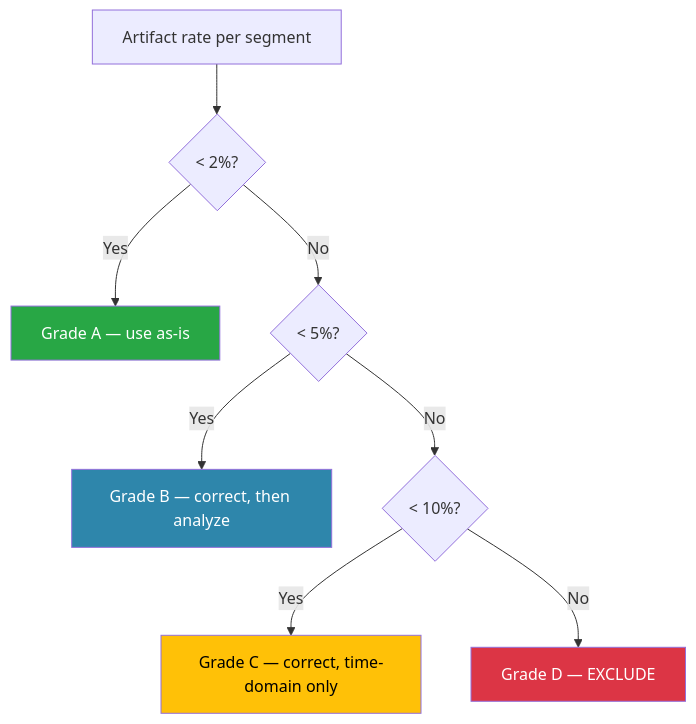
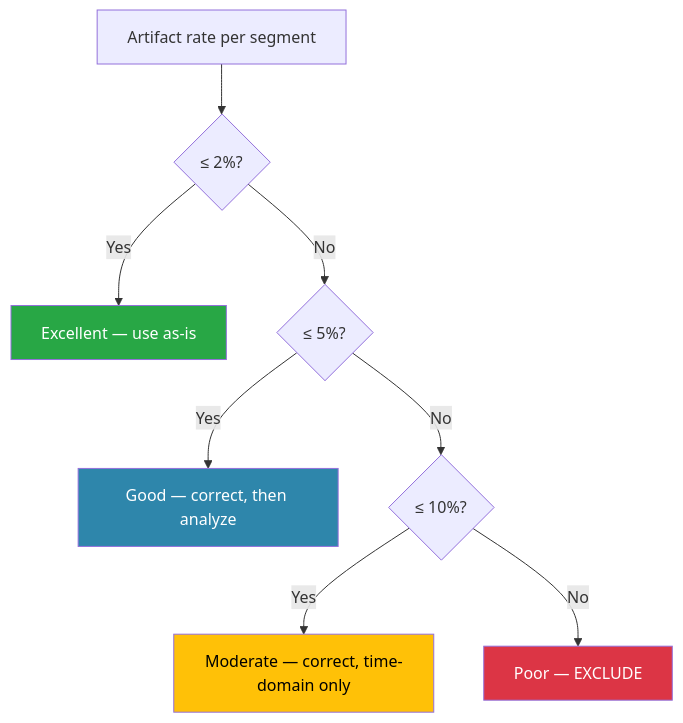
Before and after one commit to saiko-psych/RRational: the second of 2 diagrams in docs/science/recommended-workflow.md, drawn with Mermaid. The commit also changed other lines of this file and 16 other files, not shown here.

````diff
--- a/docs/science/recommended-workflow.md
+++ b/docs/science/recommended-workflow.md
@@ -139,15 +139,15 @@
 ``` mermaid
 flowchart TD
-    A[Artifact rate per segment] --> B{< 2%?}
-    B -->|Yes| C[Grade A — use as-is]
-    B -->|No| D{< 5%?}
-    D -->|Yes| E[Grade B — correct, then analyze]
-    D -->|No| F{< 10%?}
-    F -->|Yes| G[Grade C — correct, time-domain only]
-    F -->|No| H[Grade D — EXCLUDE]
+    A[Artifact rate per segment] --> B{≤ 2%?}
+    B -->|Yes| C[Excellent — use as-is]
+    B -->|No| D{≤ 5%?}
+    D -->|Yes| E[Good — correct, then analyze]
+    D -->|No| F{≤ 10%?}
+    F -->|Yes| G[Moderate — correct, time-domain only]
+    F -->|No| H[Poor — EXCLUDE]
 
     style C fill:#28a745,color:#fff
     style E fill:#2E86AB,color:#fff
     style G fill:#ffc107,color:#000
     style H fill:#dc3545,color:#fff
 ```
````
